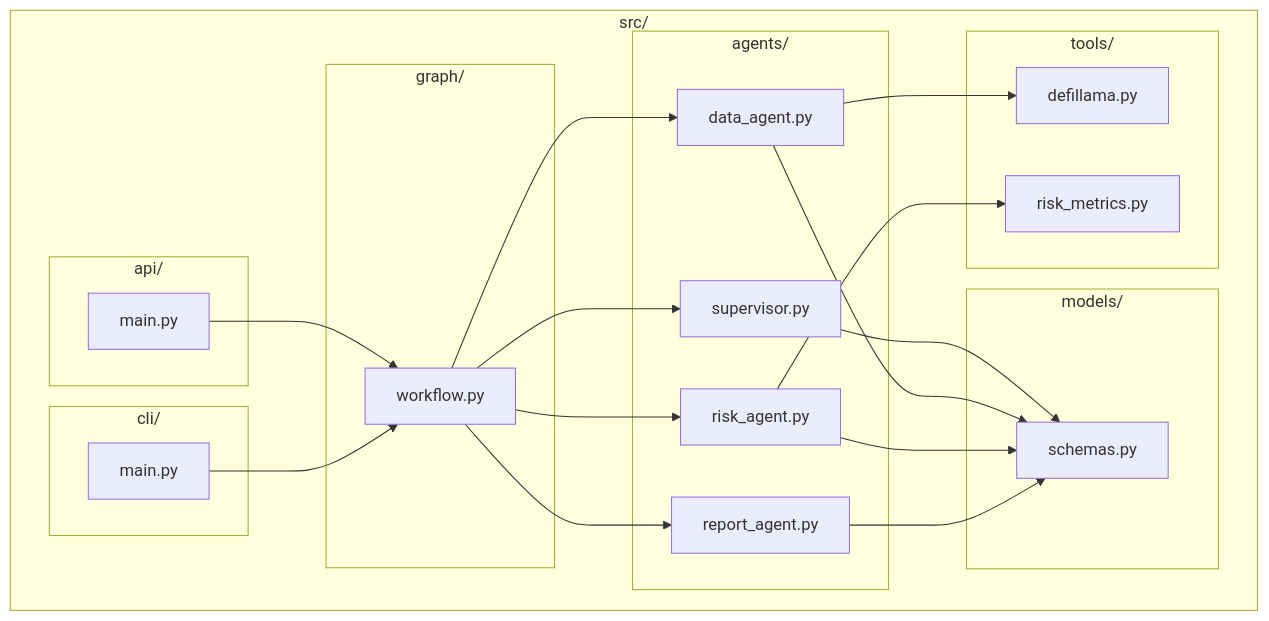
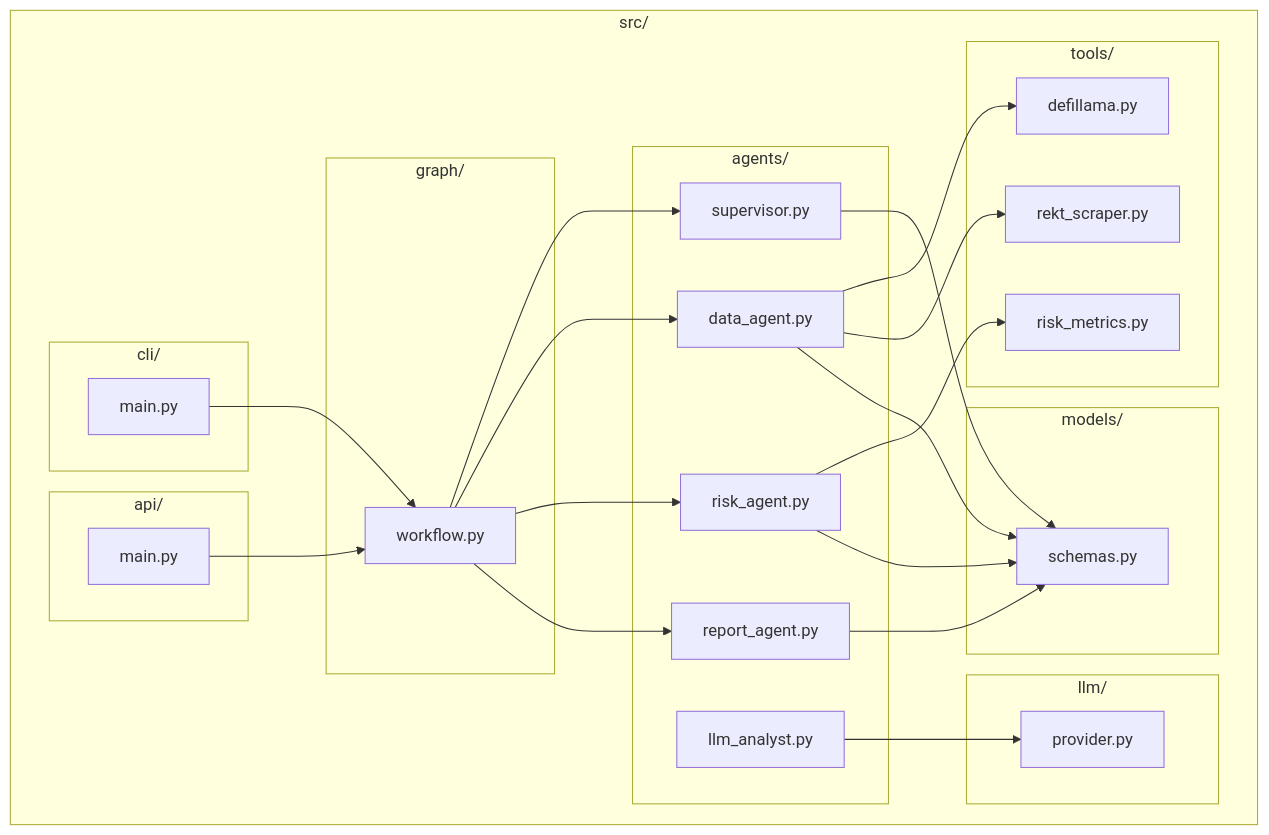
Before and after one commit to Ricoledan/defi-risk-agent: the sixth of 6 diagrams in README.md, drawn with Mermaid. The commit also changed other lines of this file, not shown here.

````diff
--- a/README.md
+++ b/README.md
@@ -398,39 +425,46 @@
 ```mermaid
 graph TD
     subgraph src/
         subgraph agents/
             A1[supervisor.py]
             A2[data_agent.py]
             A3[risk_agent.py]
             A4[report_agent.py]
+            A5[llm_analyst.py]
         end
 
         subgraph graph/
             G1[workflow.py]
         end
 
         subgraph tools/
             T1[defillama.py]
             T2[risk_metrics.py]
+            T3[rekt_scraper.py]
+        end
+
+        subgraph llm/
+            L1[provider.py]
         end
 
         subgraph models/
             M1[schemas.py]
         end
 
         subgraph api/
             API1[main.py]
         end
 
         subgraph cli/
             CLI1[main.py]
         end
     end
 
     G1 --> A1 & A2 & A3 & A4
-    A2 --> T1
+    A2 --> T1 & T3
     A3 --> T2
+    A5 --> L1
     A1 & A2 & A3 & A4 --> M1
     API1 --> G1
     CLI1 --> G1
 ```
````
